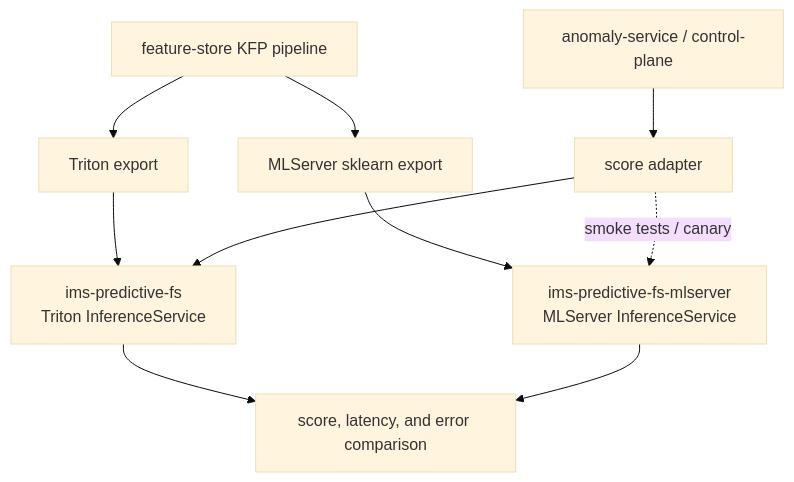
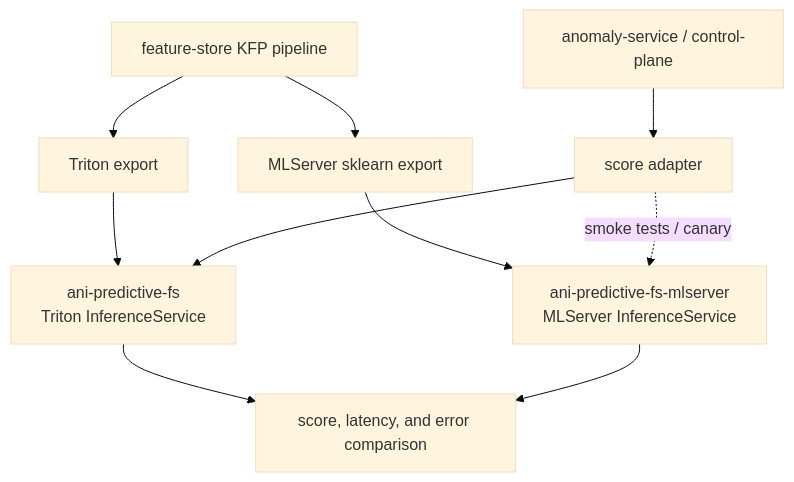
The sixth of 6 diagrams in docs/architecture/engineering-spec.md (rh-telco-tigers/Autonomous-Network-Intelligence-Anomaly-Detection-with-Red-Hat-OpenShift-AI), drawn with Mermaid (base theme) before and after one commit. The commit also changed other lines of this file and 211 other files, not shown here.

First line of the commit message:
Rename platform prefixes from IMS to ANI.

````diff
--- a/docs/architecture/engineering-spec.md
+++ b/docs/architecture/engineering-spec.md
@@ -707,12 +707,12 @@
 ```mermaid
 flowchart TD
   KFP["feature-store KFP pipeline"] --> ExportT["Triton export"]
   KFP --> ExportM["MLServer sklearn export"]
-  ExportT --> TritonISVC["ims-predictive-fs<br/>Triton InferenceService"]
-  ExportM --> MLISVC["ims-predictive-fs-mlserver<br/>MLServer InferenceService"]
+  ExportT --> TritonISVC["ani-predictive-fs<br/>Triton InferenceService"]
+  ExportM --> MLISVC["ani-predictive-fs-mlserver<br/>MLServer InferenceService"]
   Client["anomaly-service / control-plane"] --> Adapter["score adapter"]
   Adapter --> TritonISVC
   Adapter -. smoke tests / canary .-> MLISVC
   TritonISVC --> Compare["score, latency, and error comparison"]
   MLISVC --> Compare
 ```
````
